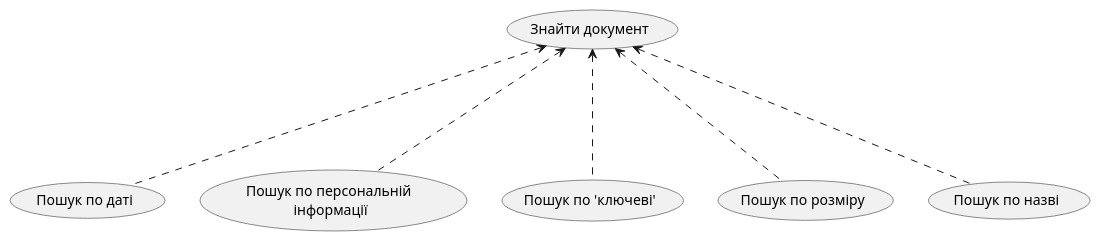
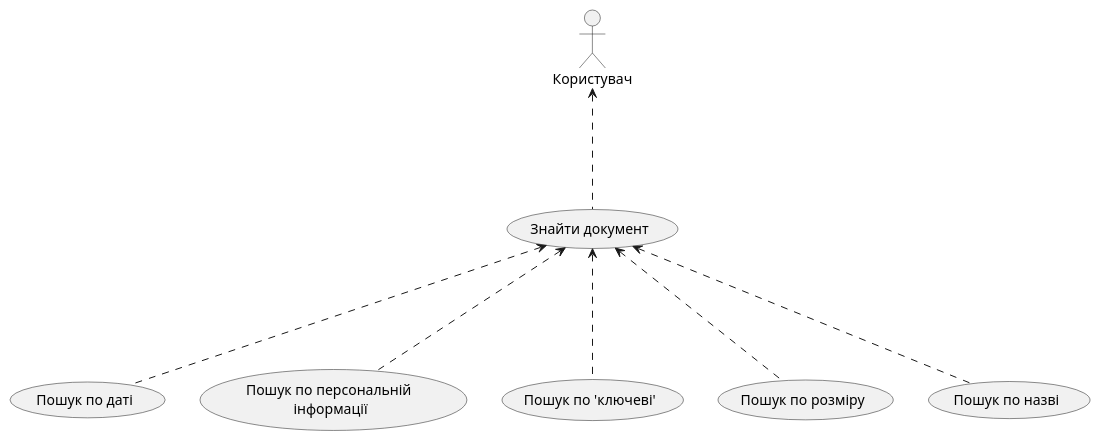
Before and after one commit to Ananasik-bet/occured-FICT: the diagram in Project/doc/useCaseDiagrams/plantUml/findDocument.puml, drawn with PlantUML.

```diff
--- a/Project/doc/useCaseDiagrams/plantUml/findDocument.puml
+++ b/Project/doc/useCaseDiagrams/plantUml/findDocument.puml
@@ -1,13 +1,17 @@
 @startuml
+
+:Користувач: as user
+
+user<...(Знайти документ)
 
 (Знайти документ)<...(Пошук по даті)
 
 (Знайти документ)<...(Пошук по персональній \nінформації)
 
 (Знайти документ)<...(Пошук по 'ключеві')
 
 (Знайти документ)<...(Пошук по розміру)
 
 (Знайти документ)<...(Пошук по назві)
 
 @endum
```
